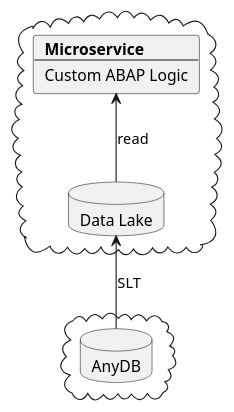
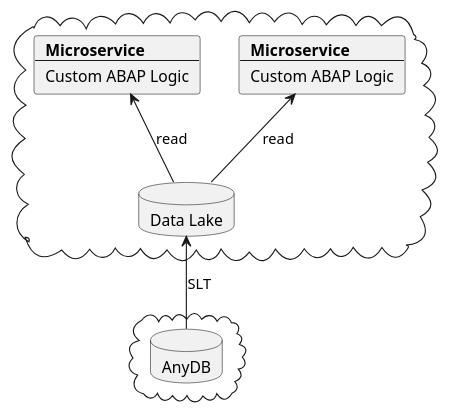
Before and after one commit to heliconialabs/moving-abap-workloads-to-serverless: the diagram in src/introduction.adoc, drawn with PlantUML. The commit also changed 2 other files, not shown here.

```diff
--- a/src/introduction.adoc
+++ b/src/introduction.adoc
@@ -21,22 +21,29 @@
 [plantuml]
 ....
 skinparam monochrome true
 
 cloud {
   database "AnyDB" as anydb
 }
 
 cloud {
-  card card [
+  card card1 [
+    <b>Microservice</b>
+    ----
+    Custom ABAP Logic
+  ]
+
+  card card2 [
     <b>Microservice</b>
     ----
     Custom ABAP Logic
   ]
 
   database "Data Lake" as lake
 
-  lake -up-> card : read
+  lake -up-> card1 : read
+  lake -up-> card2 : read
 }
 
 anydb -up-> lake : SLT
 ....
```
